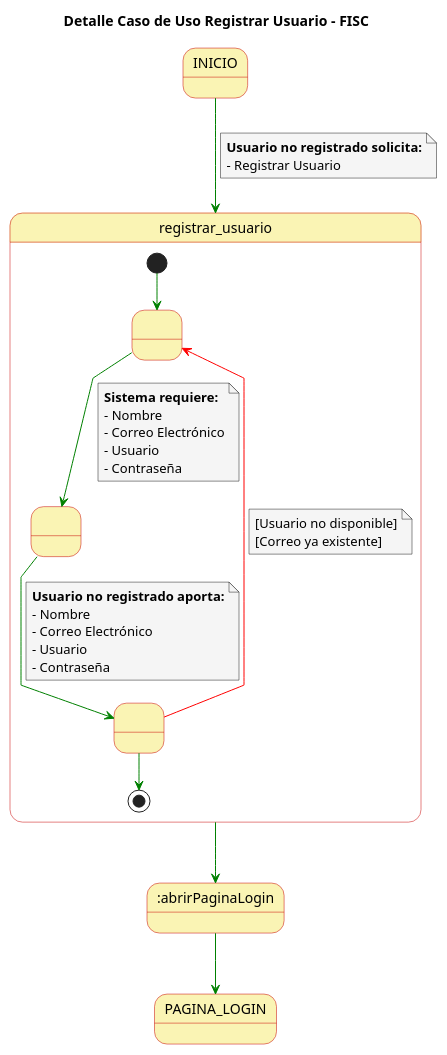
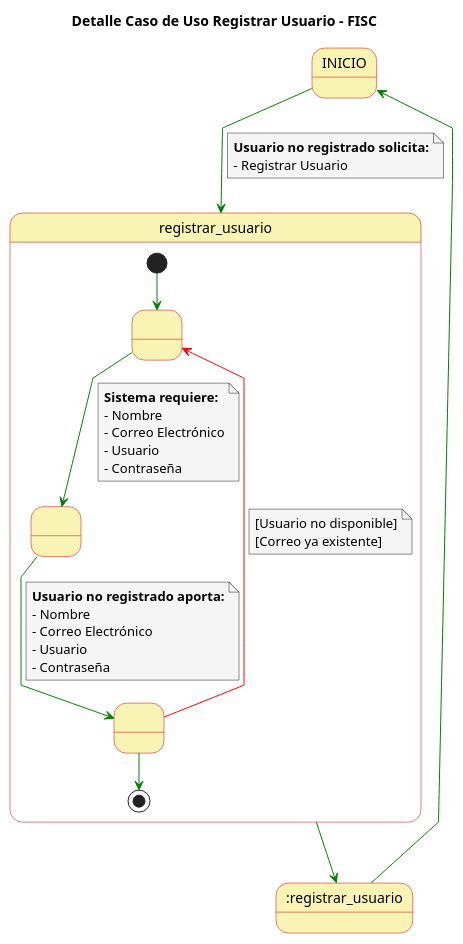
The diagram in casosDeUso/detallesCasosUso/detalleCasoUsoRegistrarUsuario.puml (mmasias/23-24-IdSw1-SDR), drawn with PlantUML before and after one commit. The commit also changed 5 other files, not shown here.

```diff
--- a/casosDeUso/detallesCasosUso/detalleCasoUsoRegistrarUsuario.puml
+++ b/casosDeUso/detallesCasosUso/detalleCasoUsoRegistrarUsuario.puml
@@ -1,57 +1,57 @@
 @startuml
 
 skinparam state {
   BackgroundColor #faf4b4
   BorderColor #c90000
 }
 
 skinparam note {
   BackgroundColor #f5f5f5
 }
 
 skinparam linetype polyline
 
 title Detalle Caso de Uso Registrar Usuario - FISC
 
 
 INICIO -[#green]-> registrar_usuario 
 note on link
   **Usuario no registrado solicita:**
   - Registrar Usuario
 end note
 
 state registrar_usuario {
   state 1 as " "
   state 2 as " "
   state 3 as " "
   
   [*] -[#green]-> 1
   1 -[#green]-> 2
   note on link
       **Sistema requiere:**
       - Nombre
       - Correo Electrónico
       - Usuario
       - Contraseña
   end note
   2 -[#green]-> 3
   note on link
     **Usuario no registrado aporta:**
     - Nombre
     - Correo Electrónico
     - Usuario
     - Contraseña
   end note
   3 -[#red]-> 1
   note on link
     [Usuario no disponible]
     [Correo ya existente]
   end note
   3 -[#green]-> [*]
 }
 
-registrar_usuario -[#green]-> :abrirPaginaLogin
+registrar_usuario -[#green]-> :registrar_usuario
 
-:abrirPaginaLogin -[#green]-> PAGINA_LOGIN
+:registrar_usuario-[#green]-> INICIO
 
 @enduml
```
